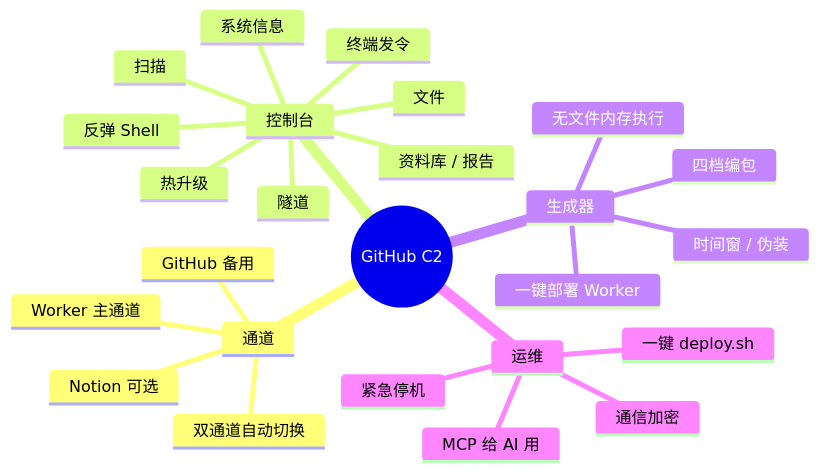
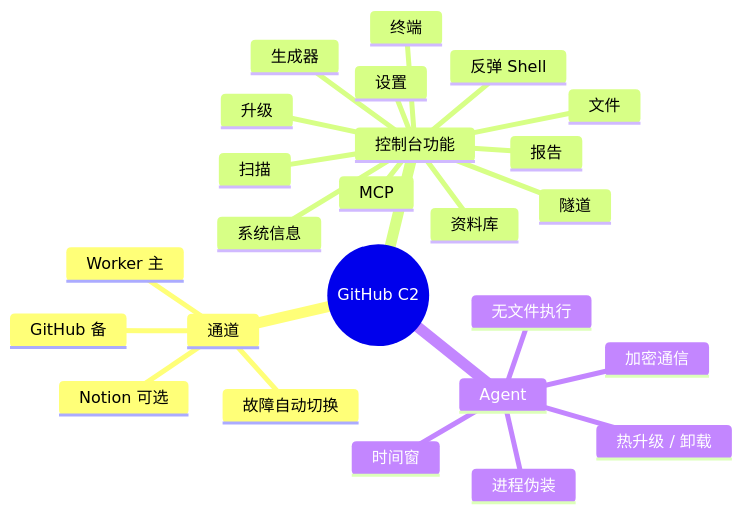
The second of 2 diagrams in README.md (Kxiandaoyan/github-C2), drawn with Mermaid before and after one commit. The commit also changed other lines of this file, not shown here.

````diff
--- a/README.md
+++ b/README.md
@@ -13,28 +41,28 @@
 ```mermaid
 mindmap
   root((GitHub C2))
     通道
-      Worker 主通道
-      GitHub 备用
+      Worker 主
+      GitHub 备
       Notion 可选
-      双通道自动切换
-    控制台
-      终端发令
+      故障自动切换
+    控制台功能
+      终端
       反弹 Shell
       文件
       隧道
       扫描
       系统信息
-      资料库 / 报告
-      热升级
-    生成器
-      四档编包
-      一键部署 Worker
-      时间窗 / 伪装
-      无文件内存执行
-    运维
-      一键 deploy.sh
-      通信加密
-      紧急停机
-      MCP 给 AI 用
+      资料库
+      报告
+      升级
+      生成器
+      MCP
+      设置
+    Agent
+      加密通信
+      时间窗
+      进程伪装
+      无文件执行
+      热升级 / 卸载
 ```
````
